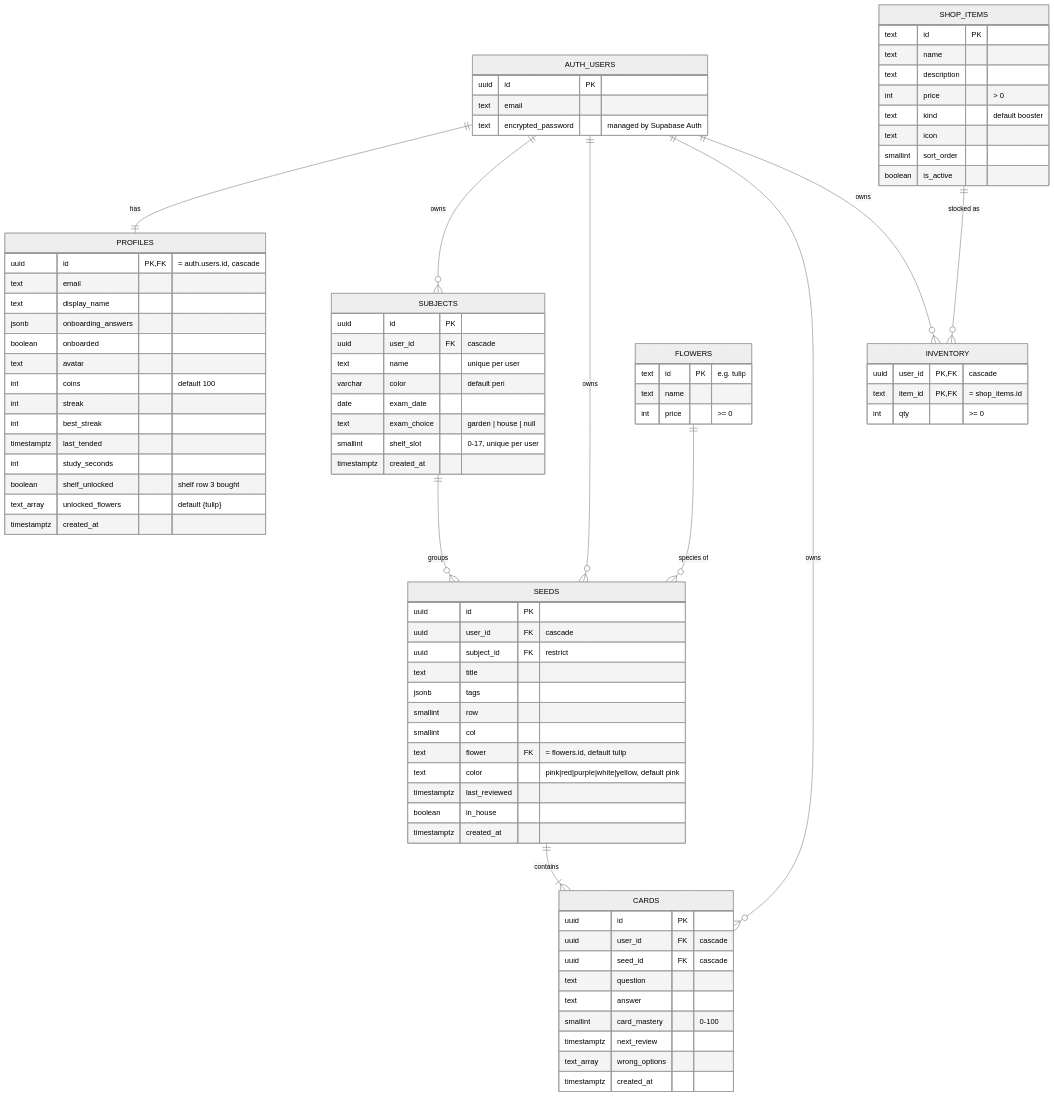
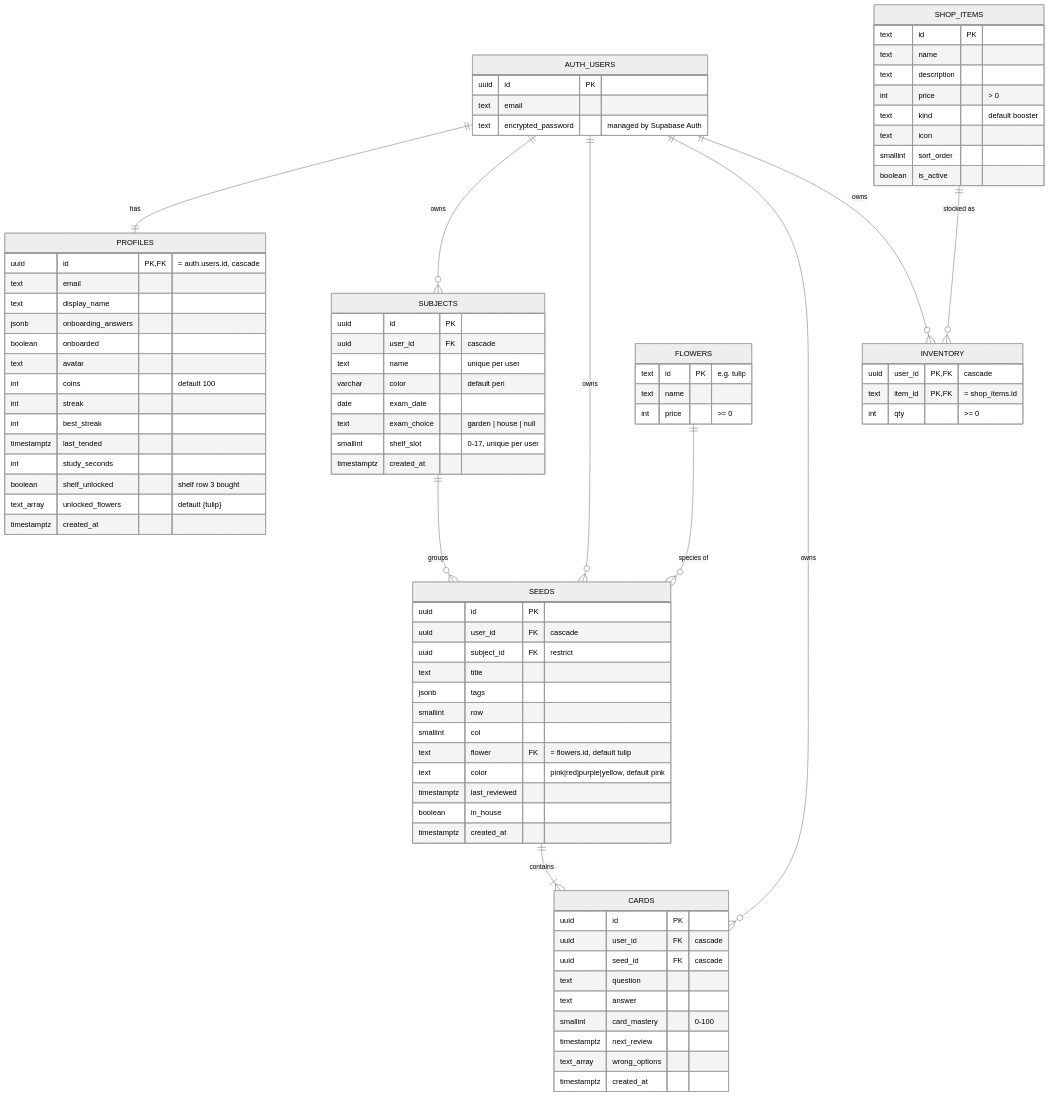
One commit to RyanWang088/Memory-Garden changed the second of 2 diagrams in Consistent.md. Above: the diagram before and after it, drawn with Mermaid (neutral theme). The commit also changed 62 other files, not shown here.

```diff
--- a/Consistent.md
+++ b/Consistent.md
@@ -234,7 +234,7 @@
         smallint row
         smallint col
         text flower FK "= flowers.id, default tulip"
-        text color "pink|red|purple|white|yellow, default pink"
+        text color "pink|red|purple|yellow, default pink"
         timestamptz last_reviewed
         boolean in_house
         timestamptz created_at
```
